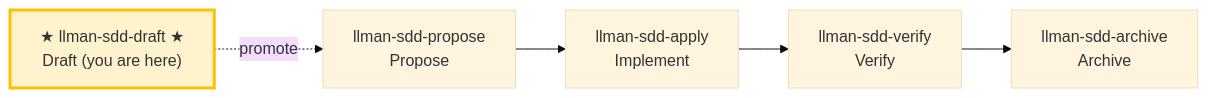
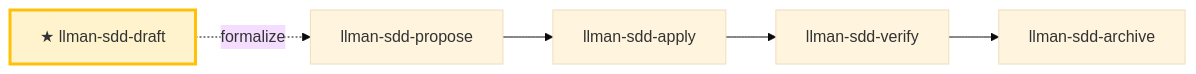
Before and after one commit to StrayDragon/dapz: the diagram in .agents/skills/llman-sdd-draft/SKILL.md, drawn with Mermaid (base theme). The commit also changed other lines of this file and 12 other files, not shown here.

First line of the commit message:
chore(skills): refresh llman-sdd skills to 0.5.0 official templates (init --update)

````diff
--- a/.agents/skills/llman-sdd-draft/SKILL.md
+++ b/.agents/skills/llman-sdd-draft/SKILL.md
@@ -17,9 +14,7 @@
 ```mermaid
 flowchart LR
-    draft["★ llman-sdd-draft ★<br/>Draft (you are here)"] -.->|"promote"| propose["llman-sdd-propose<br/>Propose"]
-    propose --> apply["llman-sdd-apply<br/>Implement"]
-    apply --> verify["llman-sdd-verify<br/>Verify"]
-    verify --> archive["llman-sdd-archive<br/>Archive"]
+    draft["★ llman-sdd-draft"] -.->|"formalize"| propose["llman-sdd-propose"]
+    propose --> apply["llman-sdd-apply"] --> verify["llman-sdd-verify"] --> archive["llman-sdd-archive"]
 
     style draft fill:#fff3cd,stroke:#ffc107,stroke-width:3px
 ```
````
